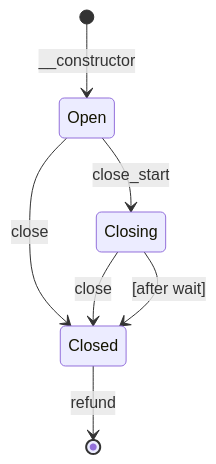
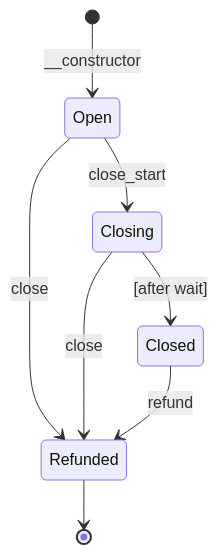
Before and after one commit to mpprouter/one-way-channel: the diagram in README.md, drawn with Mermaid. The commit also changed other lines of this file and 39 other files, not shown here.

````diff
--- a/README.md
+++ b/README.md
@@ -41,9 +49,10 @@
 ```mermaid
 stateDiagram-v2
     [*] --> Open: __constructor
-    Open --> Closed: close
+    Open --> Refunded: close
     Open --> Closing: close_start
-    Closing --> Closed: close
+    Closing --> Refunded: close
     Closing --> Closed: [after wait]
-    Closed --> [*]: refund
+    Closed --> Refunded: refund
+    Refunded --> [*]
 ```
````
